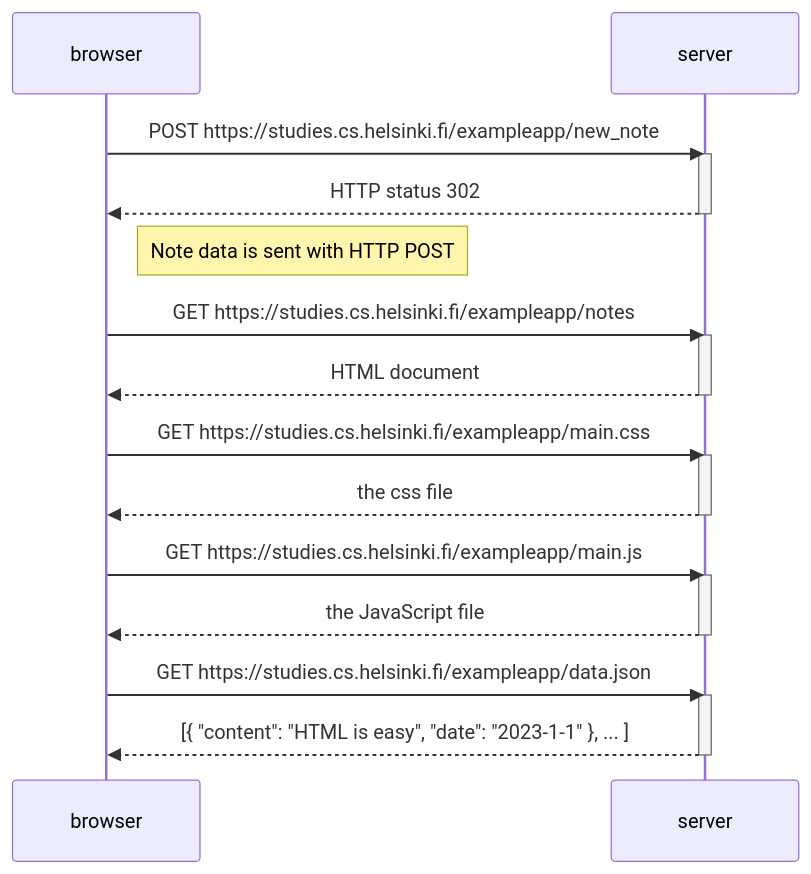
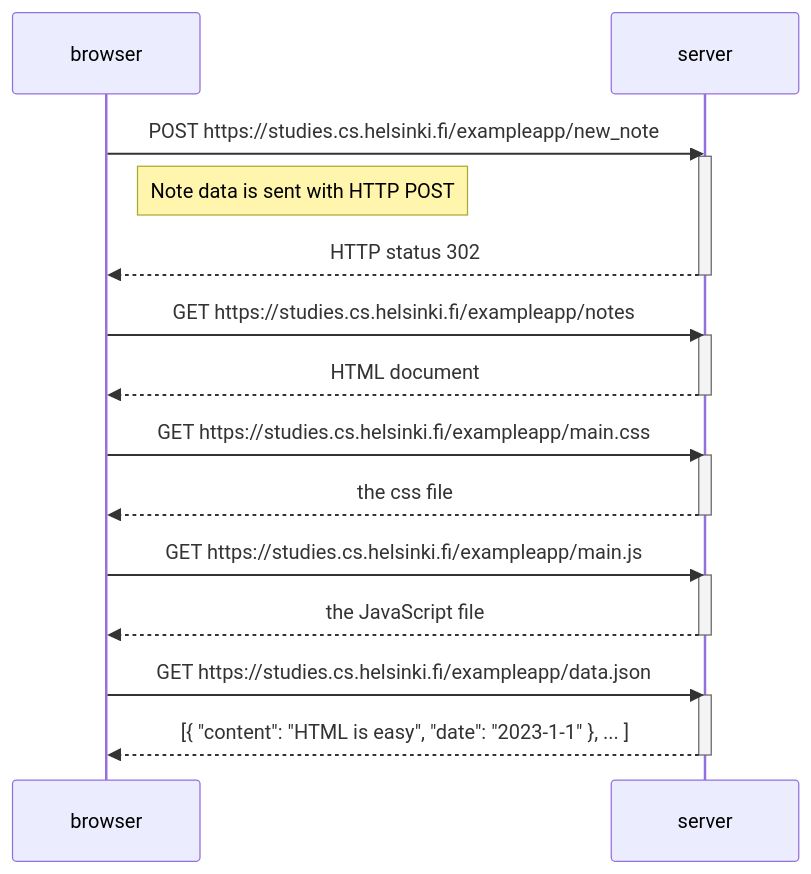
Before and after one commit to arvidkullhammar/Fullstack-Open: the diagram in part0/0.4.md, drawn with Mermaid.

````diff
--- a/part0/0.4.md
+++ b/part0/0.4.md
@@ -1,33 +1,34 @@
 ```mermaid
 sequenceDiagram
     participant browser
     participant server
 
     browser->>server: POST https://studies.cs.helsinki.fi/exampleapp/new_note
     activate server
+
+   Note right of browser: Note data is sent with HTTP POST
+
     server-->>browser: HTTP status 302
     deactivate server
-
-    Note right of browser: Note data is sent with HTTP POST
 
     browser->>server: GET https://studies.cs.helsinki.fi/exampleapp/notes
     activate server
     server-->>browser: HTML document
     deactivate server
 
     browser->>server: GET https://studies.cs.helsinki.fi/exampleapp/main.css
     activate server
     server-->>browser: the css file
     deactivate server
 
     browser->>server: GET https://studies.cs.helsinki.fi/exampleapp/main.js
     activate server
     server-->>browser: the JavaScript file
     deactivate server
 
 
     browser->>server: GET https://studies.cs.helsinki.fi/exampleapp/data.json
     activate server
     server-->>browser: [{ "content": "HTML is easy", "date": "2023-1-1" }, ... ]
     deactivate server
 ```
````
